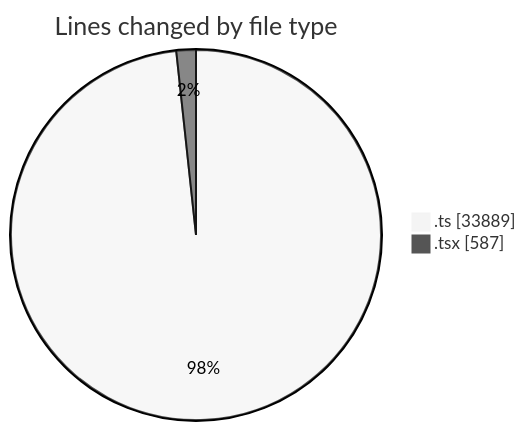
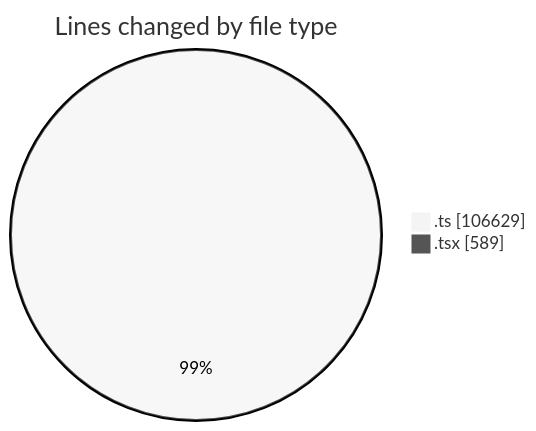
The first of 2 diagrams in 2025-08-22/cda/README.md (momahboobian/code-tracking), drawn with Mermaid (neutral theme) before and after one commit. The commit also changed other lines of this file and 1 other file, not shown here.

````diff
--- a/2025-08-22/cda/README.md
+++ b/2025-08-22/cda/README.md
@@ -28,6 +30,6 @@
 ```mermaid
 pie showData
 title Lines changed by file type
-".ts" : 33889
-".tsx" : 587
+".ts" : 106629
+".tsx" : 589
 ```
````
